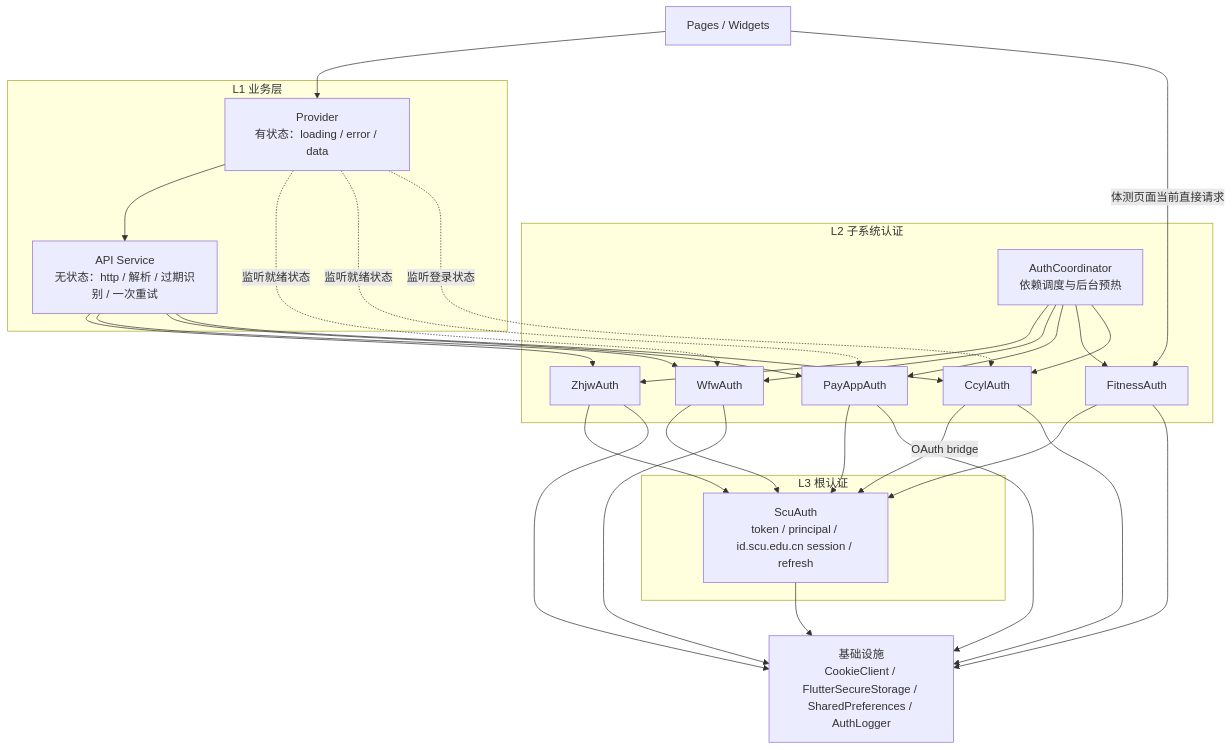
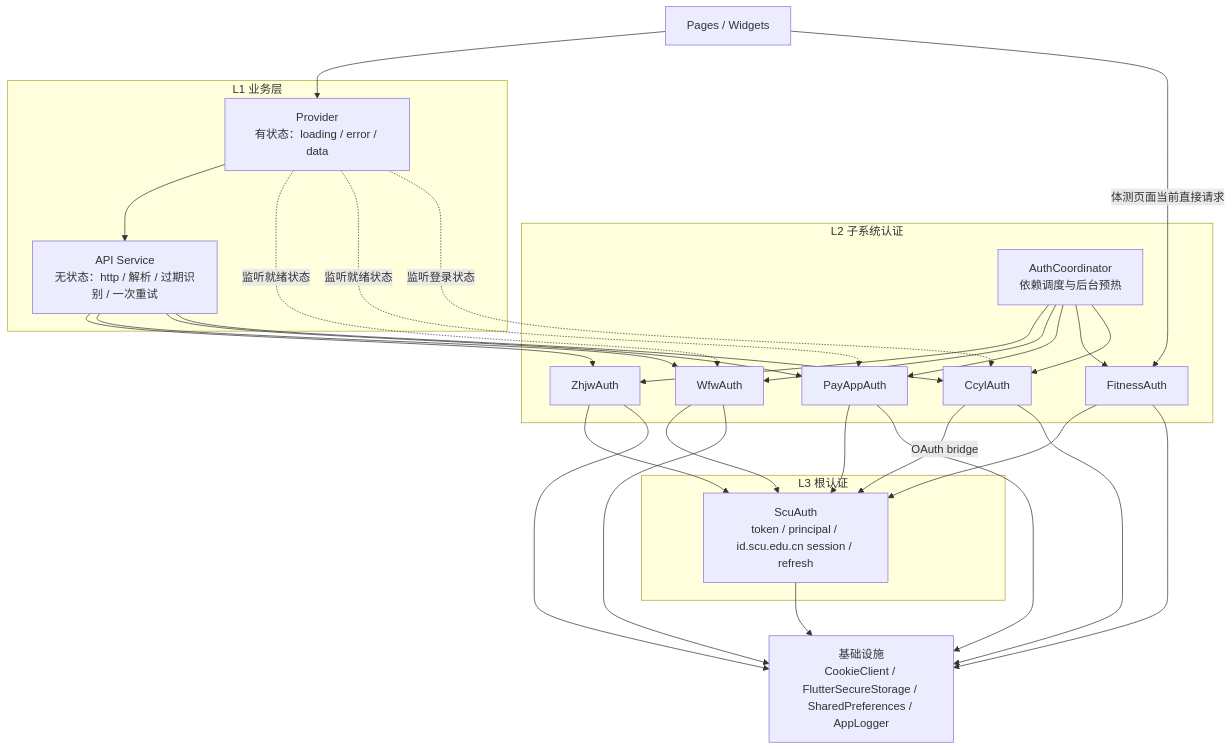
Before and after one commit to BlueRain-debug/Bugaoshan: the first of 5 diagrams in docs/architecture/authentication.md, drawn with Mermaid. The commit also changed other lines of this file and 48 other files, not shown here.

````diff
--- a/docs/architecture/authentication.md
+++ b/docs/architecture/authentication.md
@@ -39,51 +39,51 @@
 ```mermaid
 flowchart TB
     UI[Pages / Widgets]
 
     subgraph L1["L1 业务层"]
         P["Provider<br/>有状态：loading / error / data"]
         API["API Service<br/>无状态：http / 解析 / 过期识别 / 一次重试"]
     end
 
     subgraph L2["L2 子系统认证"]
         AC["AuthCoordinator<br/>依赖调度与后台预热"]
         ZA[ZhjwAuth]
         WA[WfwAuth]
         PA[PayAppAuth]
         FA[FitnessAuth]
         CA[CcylAuth]
     end
 
     subgraph L3["L3 根认证"]
         SA["ScuAuth<br/>token / principal / id.scu.edu.cn session / refresh"]
     end
 
-    INFRA["基础设施<br/>CookieClient / FlutterSecureStorage / SharedPreferences / AuthLogger"]
+    INFRA["基础设施<br/>CookieClient / FlutterSecureStorage / SharedPreferences / AppLogger"]
 
     UI --> P
     P --> API
     P -.监听就绪状态.-> WA
     P -.监听就绪状态.-> PA
     P -.监听登录状态.-> CA
     API --> ZA
     API --> WA
     API --> PA
     API --> CA
     UI -->|体测页面当前直接请求| FA
     ZA --> SA
     WA --> SA
     PA --> SA
     FA --> SA
     CA -->|OAuth bridge| SA
     AC --> ZA
     AC --> WA
     AC --> PA
     AC --> FA
     AC --> CA
     SA --> INFRA
     ZA --> INFRA
     WA --> INFRA
     PA --> INFRA
     FA --> INFRA
     CA --> INFRA
 ```
````
